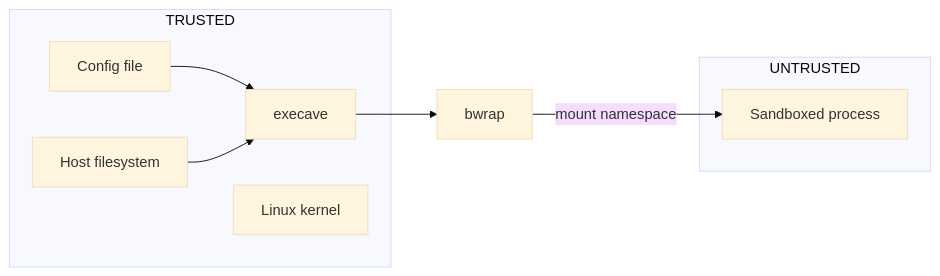
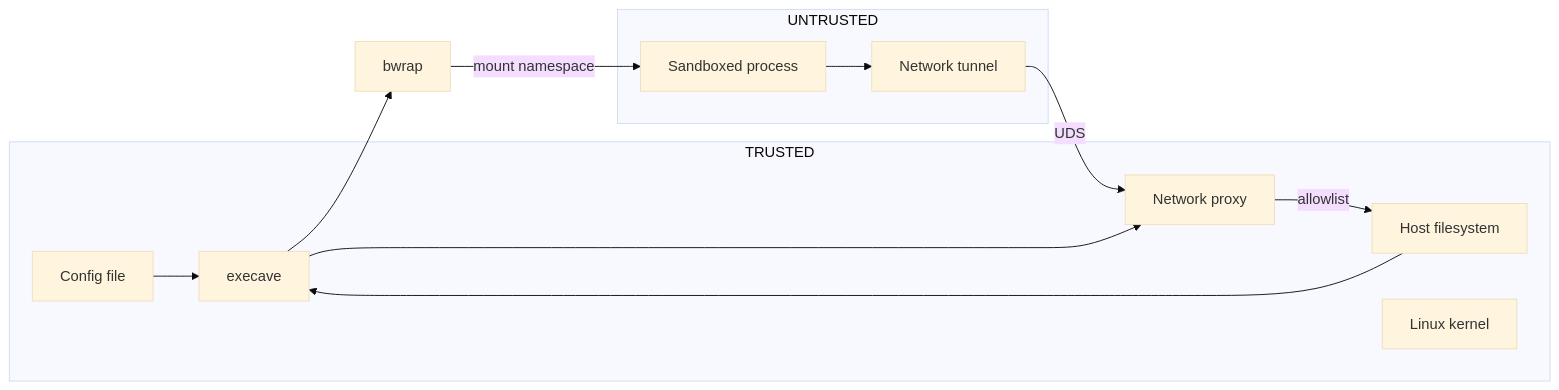
The diagram in docs/security-model.md (nonpop/execave), drawn with Mermaid (base theme) before and after one commit. The commit also changed other lines of this file and 53 other files, not shown here.

````diff
--- a/docs/security-model.md
+++ b/docs/security-model.md
@@ -11,16 +11,22 @@
 ```mermaid
 flowchart LR
     subgraph trusted[TRUSTED]
         config[Config file]
         execave[execave]
         host[Host filesystem]
         kernel[Linux kernel]
+        proxy[Network proxy]
     end
     subgraph untrusted[UNTRUSTED]
         proc[Sandboxed process]
+        tunnel[Network tunnel]
     end
     config --> execave
     host --> execave
     execave --> bwrap
+    execave --> proxy
     bwrap -->|mount namespace| proc
+    proc --> tunnel
+    tunnel -->|UDS| proxy
+    proxy -->|allowlist| host
 ```
````
